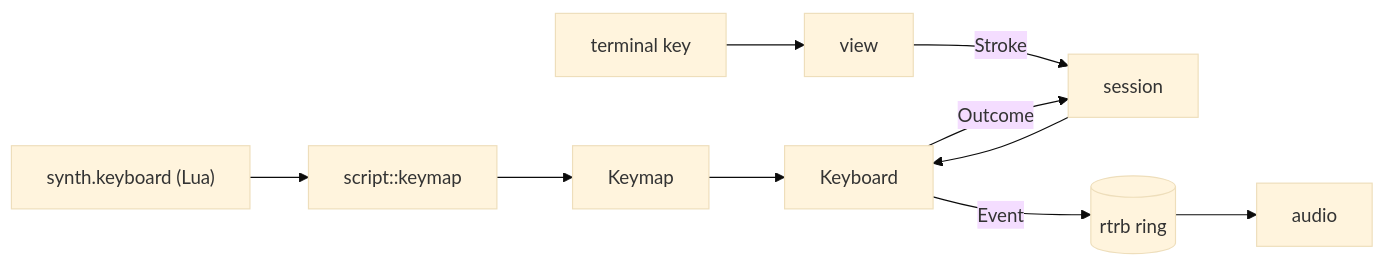
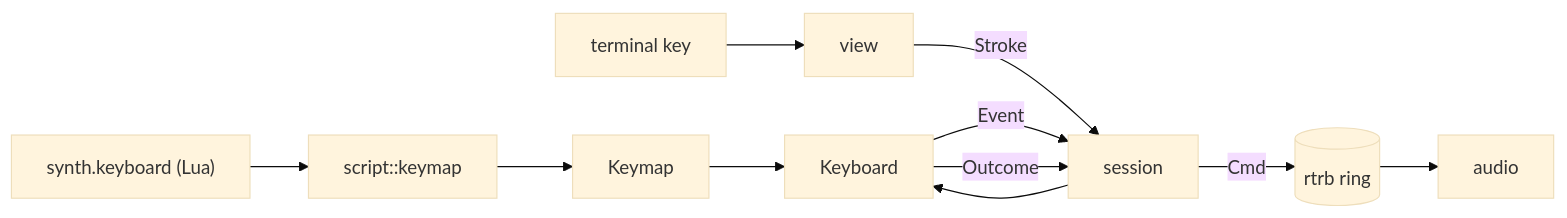
Before and after one commit to turkosaurus/synth: the diagram in src/input/README.md, drawn with Mermaid (base theme). The commit also changed other lines of this file and 2 other files, not shown here.

Commit message:
elm: Cmd; Keyboard returns events, and the session pushes them into the ring

````diff
--- a/src/input/README.md
+++ b/src/input/README.md
@@ -9,8 +9,8 @@
 ```mermaid
 flowchart LR
     layout["synth.keyboard (Lua)"] --> keymap[script::keymap] --> Keymap
     key[terminal key] --> view -- Stroke --> session --> Keyboard
     Keymap --> Keyboard
-    Keyboard -- Event --> ring[(rtrb ring)] --> audio
+    Keyboard -- Event --> session -- Cmd --> ring[(rtrb ring)] --> audio
     Keyboard -- Outcome --> session
 ```
````
